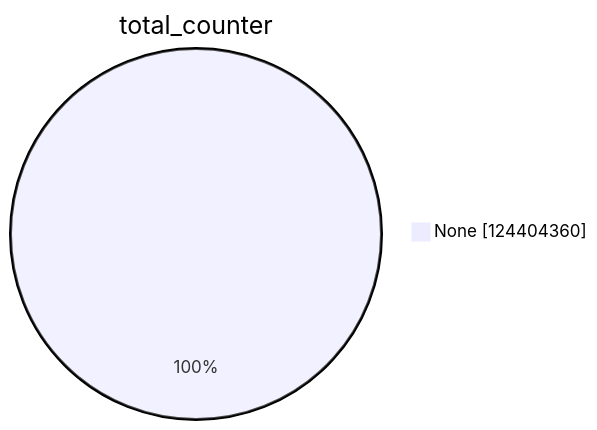
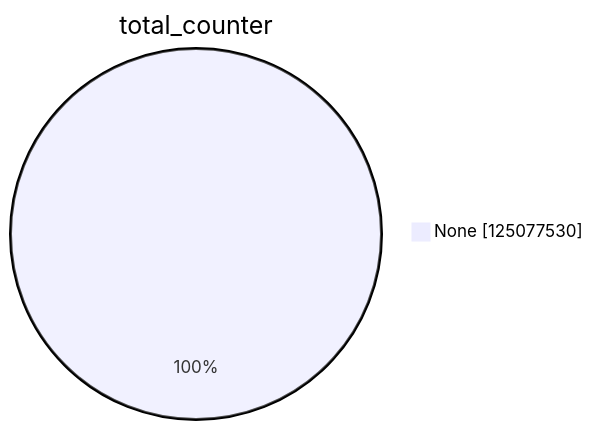
One commit to christiankrug/ctmonitor_visualization changed the first of 15 diagrams in xenon2023/README.md. Above: the diagram before and after it, drawn with Mermaid. The commit also changed other lines of this file, not shown here.

````diff
--- a/xenon2023/README.md
+++ b/xenon2023/README.md
@@ -1,5 +1,5 @@
 ```mermaid
 pie showData
 title total_counter
-"None" :124404360
+"None" :125077530
 ```
````
